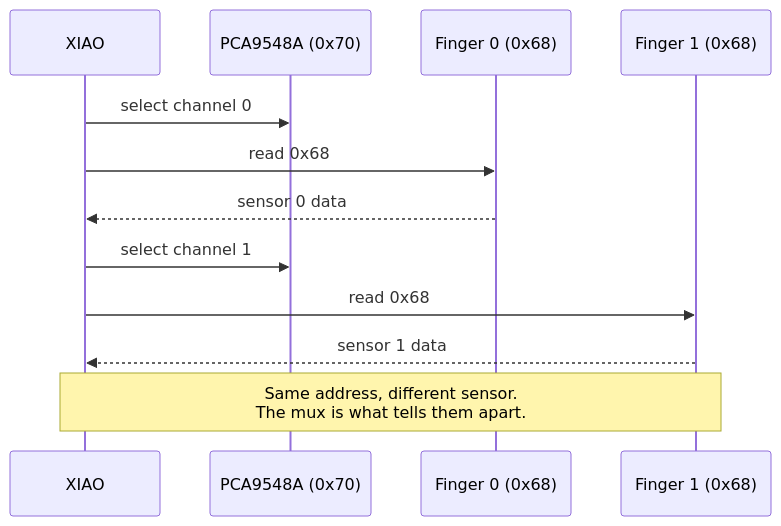
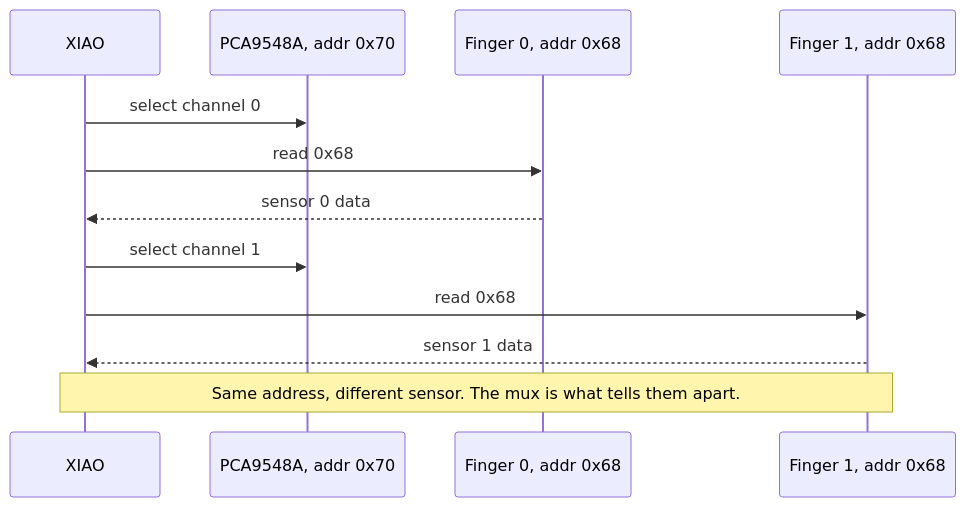
The diagram in 03-i2c-multiplexer/README.md (PiyushPapaya/Cheirograph), drawn with Mermaid before and after one commit. The commit also changed other lines of this file and 9 other files, not shown here.

First line of the commit message:
fix: simplify Mermaid diagrams so GitHub actually renders them, vary headings

````diff
--- a/03-i2c-multiplexer/README.md
+++ b/03-i2c-multiplexer/README.md
@@ -7,15 +7,15 @@
 ```mermaid
 sequenceDiagram
     participant XIAO
-    participant Mux as PCA9548A (0x70)
-    participant F0 as Finger 0 (0x68)
-    participant F1 as Finger 1 (0x68)
+    participant Mux as PCA9548A, addr 0x70
+    participant F0 as Finger 0, addr 0x68
+    participant F1 as Finger 1, addr 0x68
 
     XIAO->>Mux: select channel 0
     XIAO->>F0: read 0x68
     F0-->>XIAO: sensor 0 data
     XIAO->>Mux: select channel 1
     XIAO->>F1: read 0x68
     F1-->>XIAO: sensor 1 data
-    Note over XIAO,F1: Same address, different sensor.<br/>The mux is what tells them apart.
+    Note over XIAO,F1: Same address, different sensor. The mux is what tells them apart.
 ```
````
